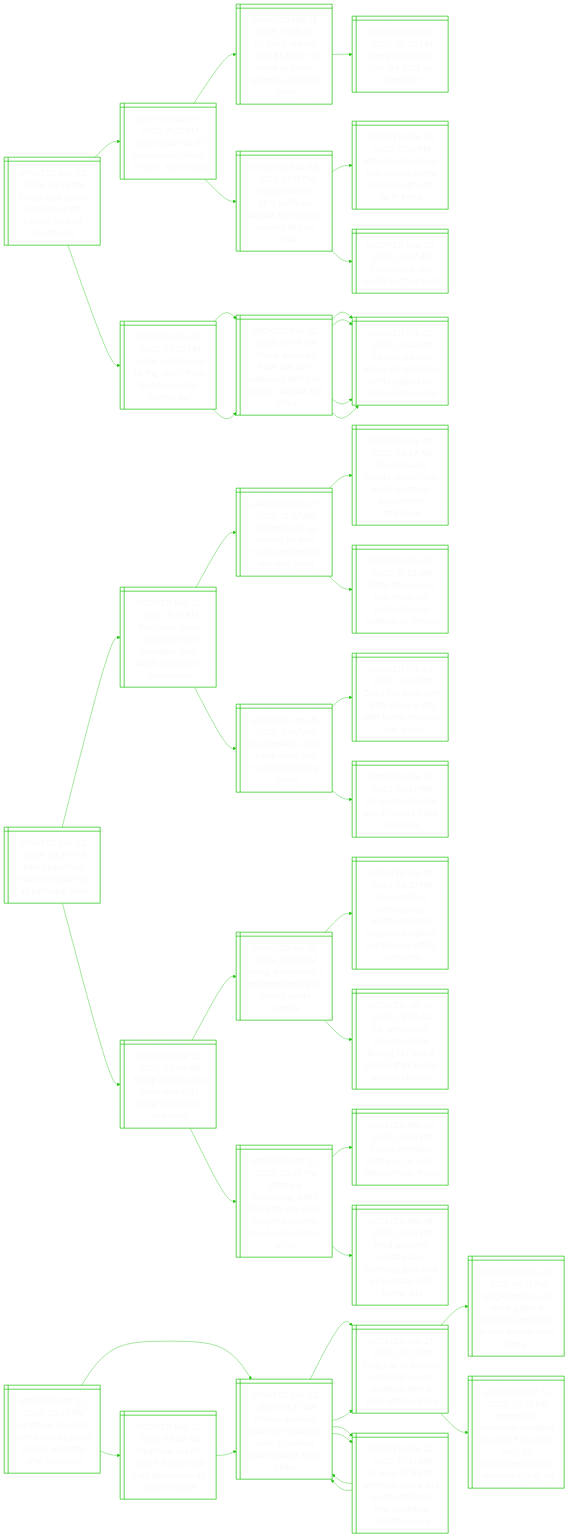
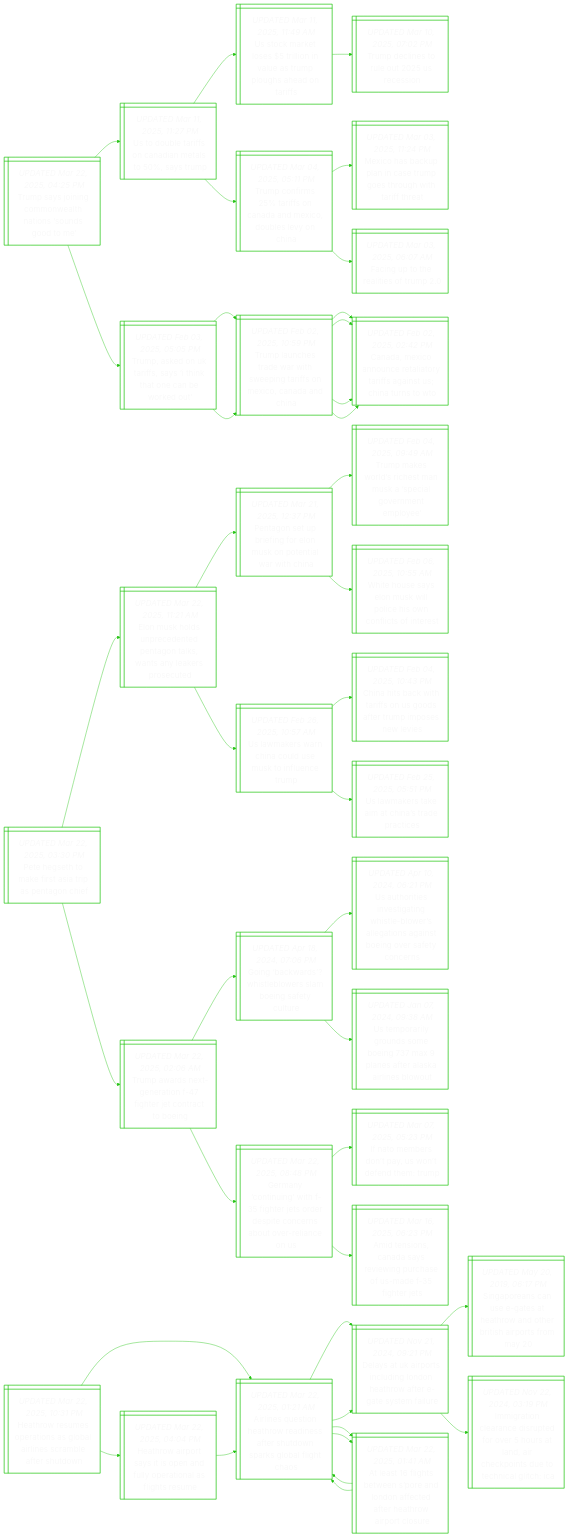
Before and after one commit to notJmes/notJmes: the diagram in README.md, drawn with Mermaid. The commit also changed other lines of this file, not shown here.

```diff
--- a/README.md
+++ b/README.md
@@ -83,7 +83,7 @@
 Us authorities investigating whistle-blower’s allegations against boeing over safety concerns" }
 UpiosoMaflAno@{ shape: win-pane, label: "_UPDATED Jan 07, 2024, 09:38 AM_
 Us temporarily grounds some boeing 737 max 9 planes after alaska airlines blowout" }
-Gntnhhedscroeio@{ shape: win-pane, label: "_UPDATED Mar 22, 2025, 05:30 PM_
+Gntnhhedscroeio@{ shape: win-pane, label: "_UPDATED Mar 22, 2025, 08:48 PM_
 Germany ‘continuing’ with f-35 fighter jets order despite concerns about over-reliance on us" }
 IoenUtnmp@{ shape: win-pane, label: "_UPDATED Mar 07, 2025, 05:23 PM_
 If nato members don’t pay, us won’t defend them: trump" }
@@ -105,7 +105,7 @@
 Gntnhhedscroeio:::txtsize --> IoenUtnmp:::txtsize
 Gntnhhedscroeio:::txtsize --> Aenayighfdgj:::txtsize
 
-Hrsotabrsmfhw@{ shape: win-pane, label: "_UPDATED Mar 22, 2025, 05:35 PM_
+Hrsotabrsmfhw@{ shape: win-pane, label: "_UPDATED Mar 22, 2025, 10:31 PM_
 Heathrow resumes operations as global airlines scramble after shutdown" }
 Anenheetunkbih@{ shape: win-pane, label: "_UPDATED Mar 22, 2025, 01:21 AM_
 Airlines question heathrow readiness after shutdown sparks global flight chaos" }
```
